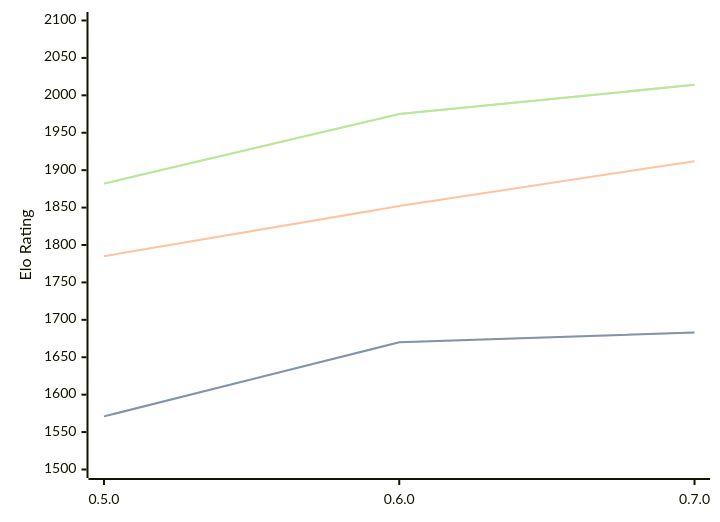
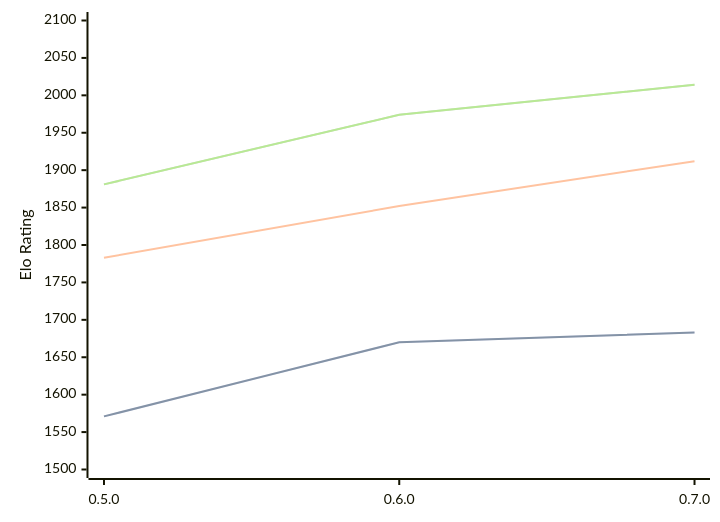
The first of 3 diagrams in engines/Chess-rs.md (computer-chess-index/cci), drawn with Mermaid before and after one commit. The commit also changed other lines of this file, not shown here.

Commit message:
Update CCI Ratings (ELO VLTC) - 2026-06-30

````diff
--- a/engines/Chess-rs.md
+++ b/engines/Chess-rs.md
@@ -41,11 +41,11 @@
 ```mermaid
 %%{init: {"theme":"base","themeVariables":{"seriesColors:['#a3a3a3','#222221','#faa371']}}}%%
 xychart-beta
   x-axis ["0.5.0", "0.6.0", "0.7.0"]
   y-axis "Elo Rating" 1500 --> 2100
   line "STC (8.0+0.08s)" [1571, 1670, 1683]
   line "STC (8.0+0.08s)" [1571, 1670, 1683]
-  line "LTC (60.0+0.60s)" [1785, 1852, 1912]
-  line "VLTC (2m24s+1.12s)" [1882, 1975, 2014]
-  line "VLTC (2m24s+1.12s)" [1882, 1975, 2014]
+  line "LTC (60.0+0.60s)" [1783, 1852, 1912]
+  line "VLTC (2m24s+1.12s)" [1881, 1974, 2014]
+  line "VLTC (2m24s+1.12s)" [1881, 1974, 2014]
 ```
````
